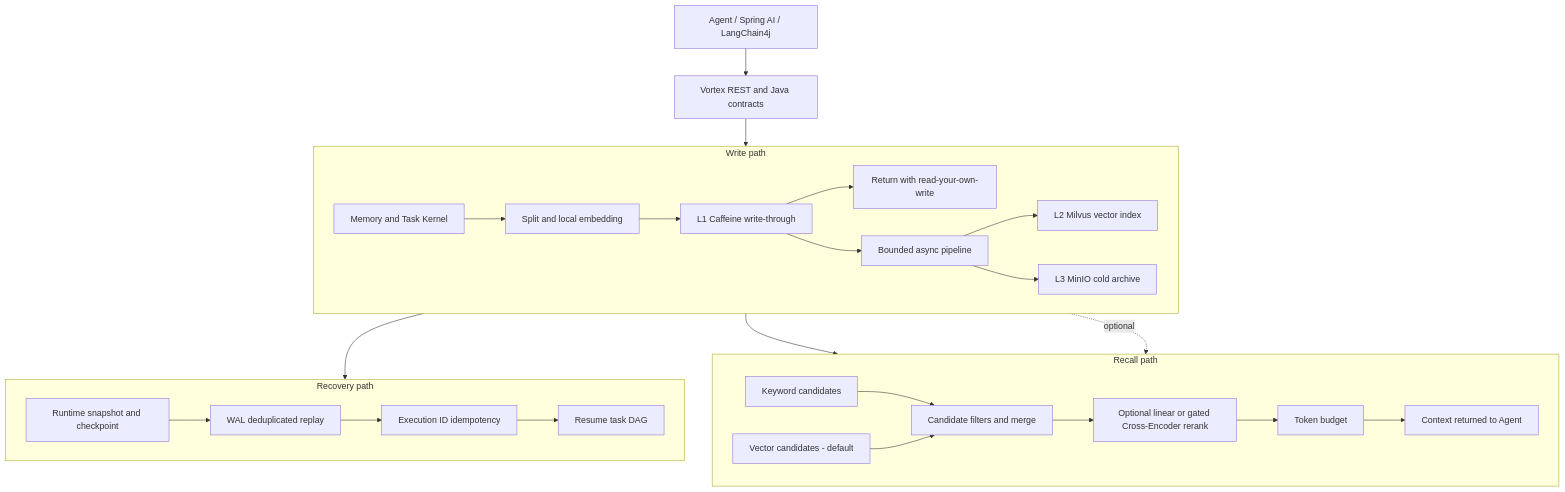
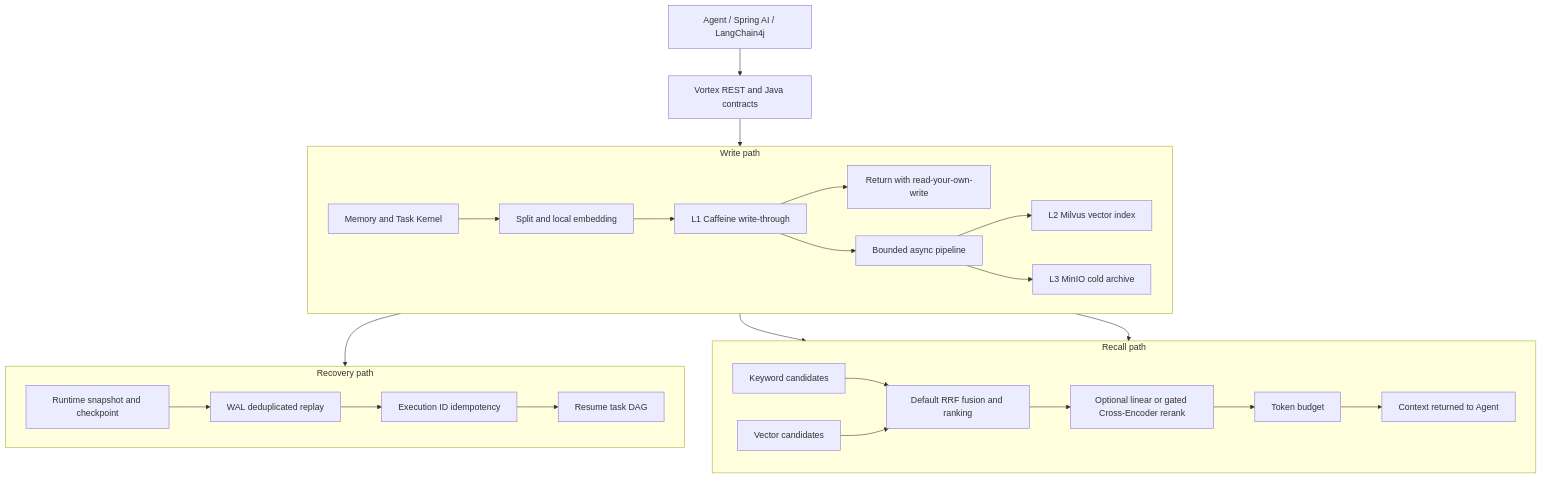
The diagram in README_en.md (HaibaraAi2517/Vortex), drawn with Mermaid before and after one commit. The commit also changed other lines of this file and 7 other files, not shown here.

````diff
--- a/README_en.md
+++ b/README_en.md
@@ -47,34 +68,34 @@
 ```mermaid
 flowchart TB
     A[Agent / Spring AI / LangChain4j] --> API[Vortex REST and Java contracts]
     API --> K[Memory and Task Kernel]
 
     subgraph W[Write path]
         direction LR
         K --> E[Split and local embedding]
         E --> L1[L1 Caffeine write-through]
         L1 --> ACK[Return with read-your-own-write]
         L1 --> P[Bounded async pipeline]
         P --> L2[L2 Milvus vector index]
         P --> L3[L3 MinIO cold archive]
     end
 
     subgraph R[Recall path]
         direction LR
-        K --> VC[Vector candidates - default]
-        K -. optional .-> KW[Keyword candidates]
-        KW --> H[Candidate filters and merge]
+        K --> VC[Vector candidates]
+        K --> KW[Keyword candidates]
+        KW --> H[Default RRF fusion and ranking]
         VC --> H
         H --> B[Optional linear or gated Cross-Encoder rerank]
         B --> T[Token budget]
         T --> CTX[Context returned to Agent]
     end
 
     subgraph S[Recovery path]
         direction LR
         K --> CP[Runtime snapshot and checkpoint]
         CP --> WAL[WAL deduplicated replay]
         WAL --> ID[Execution ID idempotency]
         ID --> RES[Resume task DAG]
     end
 ```
````
